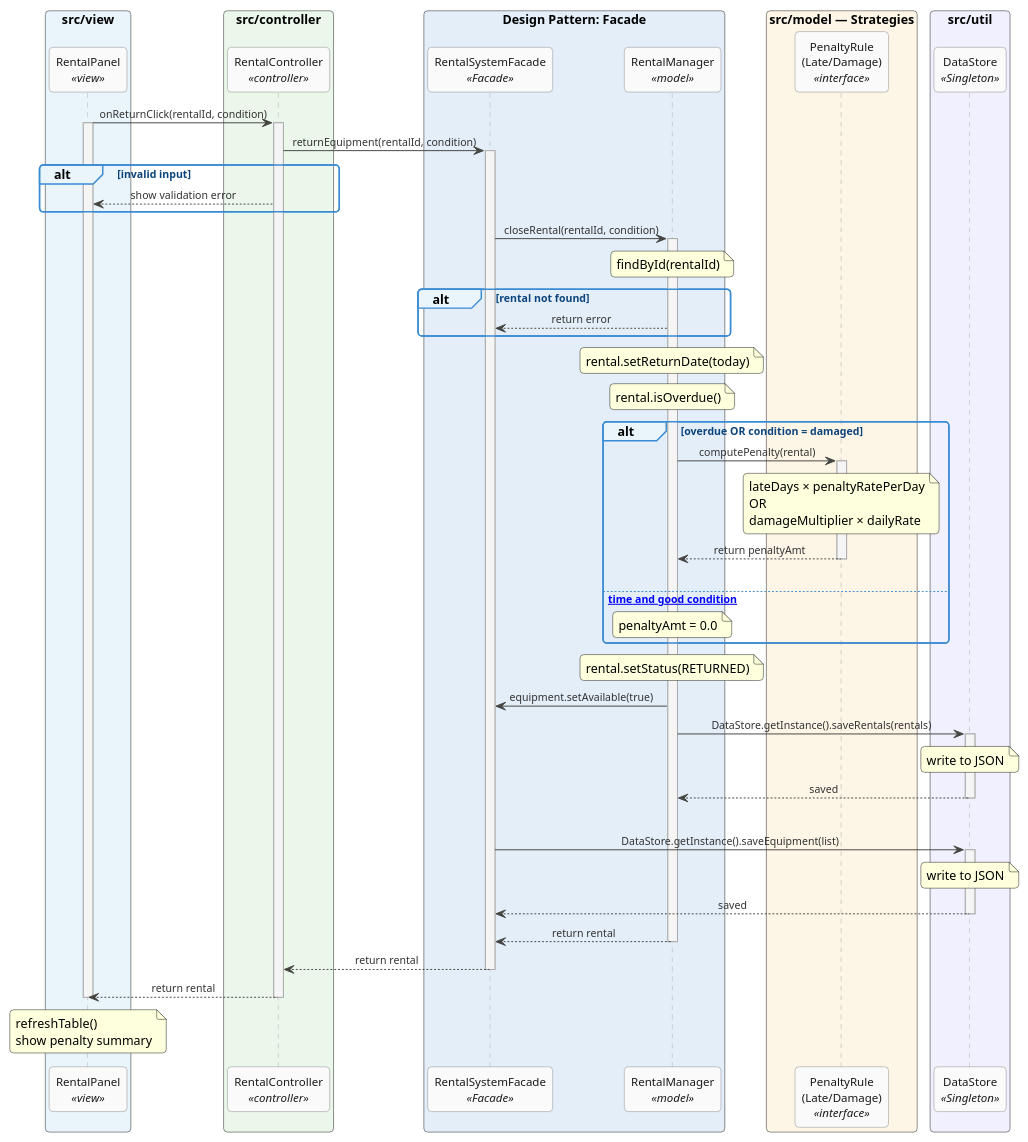
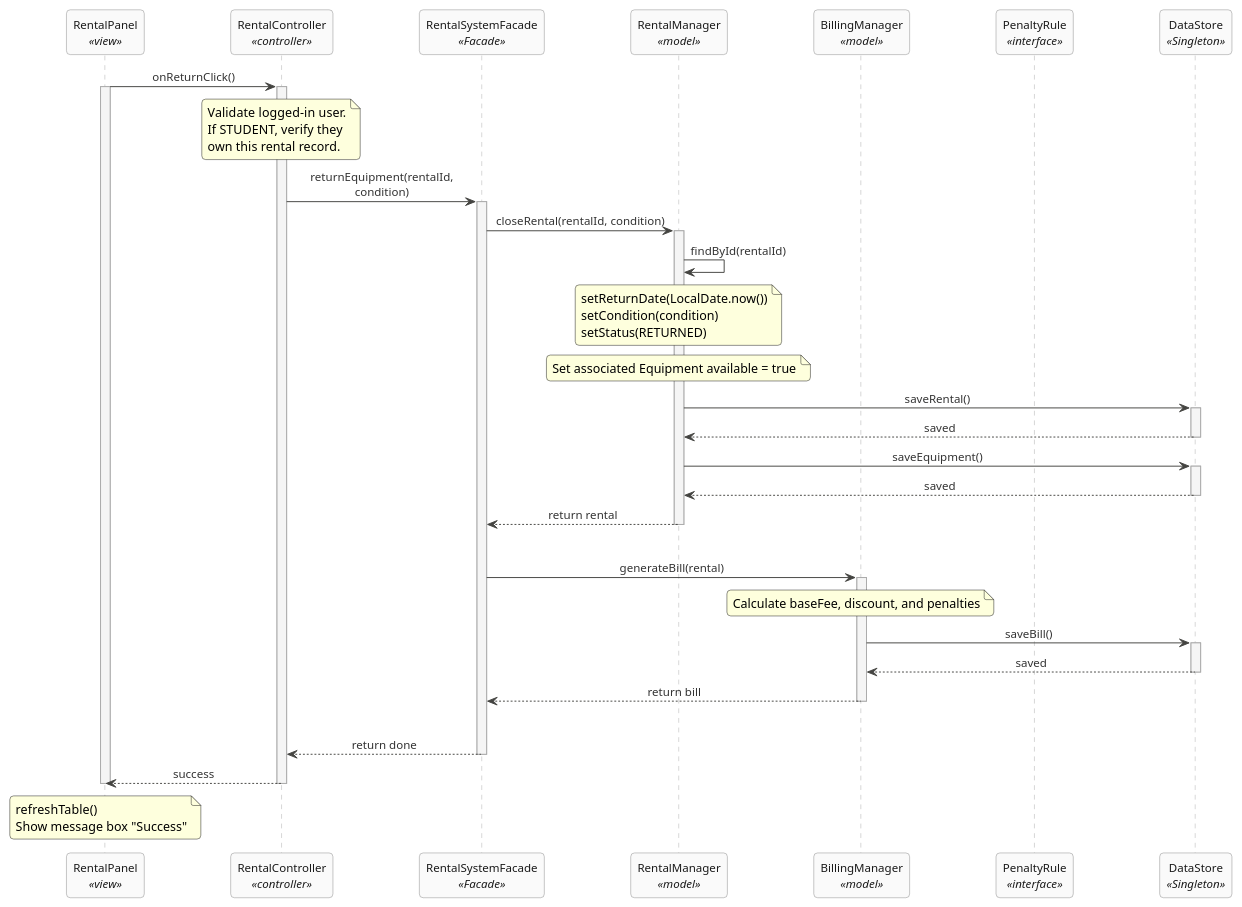
Before and after one commit to sarafidi/G1_SmartEquipmentRental-BillingSystem: the diagram in diagrams/FINAL_sequence_return_equipment.puml, drawn with PlantUML. The commit also changed 12 other files, not shown here.

```diff
--- a/diagrams/FINAL_sequence_return_equipment.puml
+++ b/diagrams/FINAL_sequence_return_equipment.puml
@@ -1,149 +1,110 @@
 @startuml ReturnEquipment
 
 skinparam sequenceMessageAlign center
 skinparam responseMessageBelowArrow true
 skinparam maxMessageSize 200
 skinparam roundcorner 8
 skinparam shadowing false
 skinparam stereotypePosition bottom
+skinparam ParticipantPadding 40
 
 skinparam participant {
   BackgroundColor #FAFAFA
   BorderColor     #888888
   FontColor       #1A1A1A
   FontSize        12
 }
 
 skinparam sequence {
   ArrowColor              #444441
-  ArrowFontSize           11
+  ArrowFontSize           12
   ArrowFontColor          #333333
   LifeLineBorderColor     #AAAAAA
   LifeLineBackgroundColor #F5F5F5
   GroupBackgroundColor    #EAF4FB
   GroupBorderColor        #3B8BD4
   GroupFontColor          #0C447C
-  GroupFontSize           11
+  GroupFontSize           12
   NoteBackgroundColor     #FFF8E8
   NoteBorderColor         #AAAAAA
-  NoteFontSize            11
+  NoteFontSize            12
 }
 
 ' ═══════════════════════════════════════════════════
 ' PARTICIPANTS — matches visual diagram 3
 ' 6 lifelines: RentalPanel, RentalController, Facade,
 '              RentalManager, PenaltyRule, DataStore
 ' ═══════════════════════════════════════════════════
-box "src/view" #EAF4FB
-  participant "RentalPanel" as View <<view>>
-end box
-
-box "src/controller" #EAF7EA
-  participant "RentalController" as Ctrl <<controller>>
-end box
-
-box "Design Pattern: Facade" #E3EEF9
-  participant "RentalSystemFacade" as Facade <<Facade>>
-  participant "RentalManager" as RentMgr <<model>>
-end box
-
-box "src/model — Strategies" #FDF5E6
-  participant "PenaltyRule\n(Late/Damage)" as Penalty <<interface>>
-end box
-
-box "src/util" #F0F0FF
-  participant "DataStore" as DS <<Singleton>>
-end box
+participant "RentalPanel" as View <<view>>
+participant "RentalController" as Ctrl <<controller>>
+participant "RentalSystemFacade" as Facade <<Facade>>
+participant "RentalManager" as RentMgr <<model>>
+participant "BillingManager" as BillMgr <<model>>
+participant "PenaltyRule" as Rule <<interface>>
+participant "DataStore" as DS <<Singleton>>
 
 ' ═══════════════════════════════════════════════════
 ' MESSAGE FLOW — matches visual diagram 3
 ' ═══════════════════════════════════════════════════
 
 ' Step 1
-View -> Ctrl : onReturnClick(rentalId, condition)
+View -> Ctrl : onReturnClick()
 activate View
 activate Ctrl
+
+' Security validation checks
+note over Ctrl : Validate logged-in user.\nIf STUDENT, verify they\nown this rental record.
 
 ' Step 2
 Ctrl -> Facade : returnEquipment(rentalId, condition)
 activate Facade
 
-' alt: invalid input
-group alt [invalid input]
-  Ctrl --> View : show validation error
-end
-
-' Step 3
+' Step 3 — Facade closes transaction in RentalManager
 Facade -> RentMgr : closeRental(rentalId, condition)
 activate RentMgr
 
-' Step 4 — find rental
-note over RentMgr : findById(rentalId)
+' Step 4 — RentalManager updates states
+RentMgr -> RentMgr : findById(rentalId)
+note over RentMgr : setReturnDate(LocalDate.now())\nsetCondition(condition)\nsetStatus(RETURNED)
+note over RentMgr : Set associated Equipment available = true
 
-' alt: rental not found
-group alt [rental not found]
-  RentMgr --> Facade : return error
-end
-
-' Step 5
-note over RentMgr : rental.setReturnDate(today)
-
-' Step 6
-note over RentMgr : rental.isOverdue()
-
-' ── alt: overdue OR damaged ──────────────────────
-group alt [overdue OR condition = damaged]
-
-  ' Step 7
-  RentMgr -> Penalty : computePenalty(rental)
-  activate Penalty
-
-  ' Step 8
-  note over Penalty : lateDays × penaltyRatePerDay\nOR\ndamageMultiplier × dailyRate
-
-  ' Step 9
-  Penalty --> RentMgr : return penaltyAmt
-  deactivate Penalty
-|||
-else [on time and good condition]
-  note over RentMgr : penaltyAmt = 0.0
-end
-
-' Step 10
-note over RentMgr : rental.setStatus(RETURNED)
-
-' Step 11
-RentMgr -> Facade : equipment.setAvailable(true)
-
-' Step 12 — persist rentals
-RentMgr -> DS : DataStore.getInstance().saveRentals(rentals)
+' Step 5 — Save model changes
+RentMgr -> DS : saveRental()
 activate DS
-note over DS : write to JSON
 DS --> RentMgr : saved
 deactivate DS
-|||
 
-' Step 14 — persist equipment
-Facade -> DS : DataStore.getInstance().saveEquipment(list)
+RentMgr -> DS : saveEquipment()
 activate DS
-note over DS : write to JSON
-DS --> Facade : saved
+DS --> RentMgr : saved
 deactivate DS
 
-' Step 15
 RentMgr --> Facade : return rental
 deactivate RentMgr
 
-' Step 16
-Facade --> Ctrl : return rental
+|||
+' Step 6 — Facade triggers auto bill generation
+Facade -> BillMgr : generateBill(rental)
+activate BillMgr
+
+' Step 7 — BillingManager calculates and builds
+note over BillMgr : Calculate baseFee, discount, and penalties
+BillMgr -> DS : saveBill()
+activate DS
+DS --> BillMgr : saved
+deactivate DS
+
+BillMgr --> Facade : return bill
+deactivate BillMgr
+
+|||
+Facade --> Ctrl : return done
 deactivate Facade
 
-' Step 17
-Ctrl --> View : return rental
+Ctrl --> View : success
 deactivate Ctrl
 
-' Step 18
-note over View : refreshTable()\nshow penalty summary
+note over View : refreshTable()\nShow message box "Success"
 deactivate View
 
 @enduml
```
